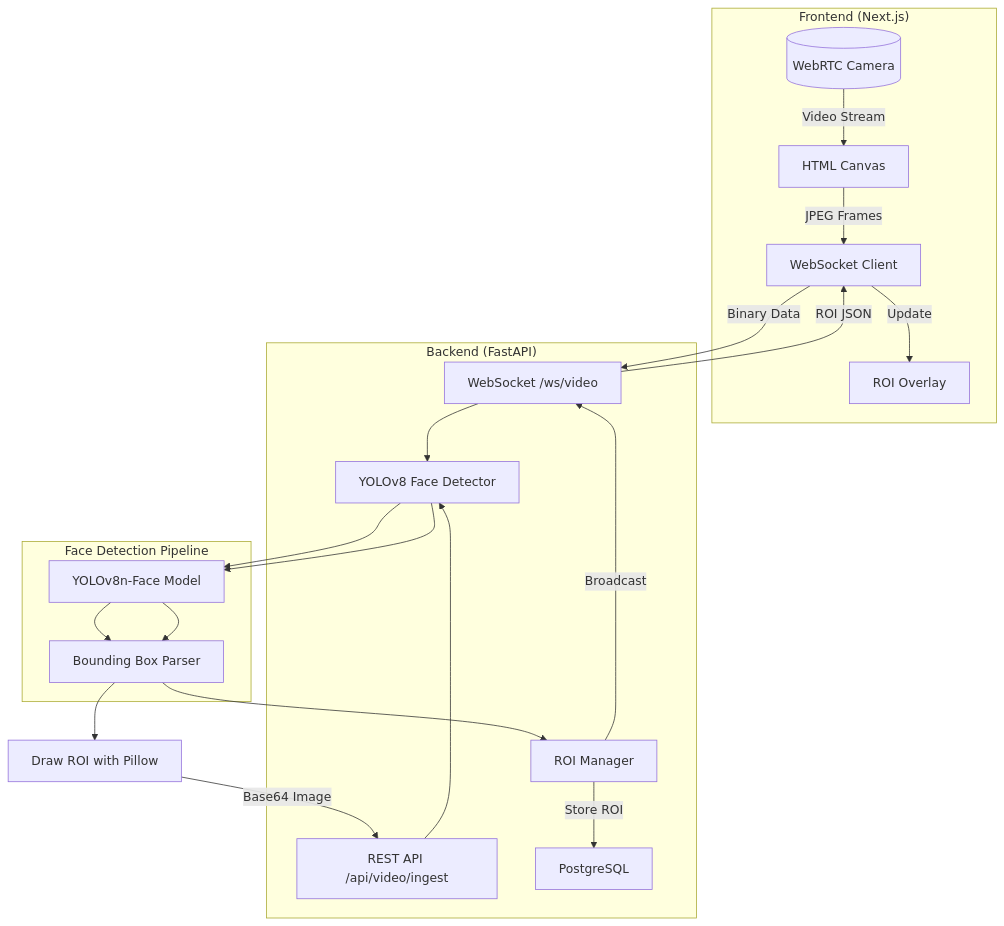
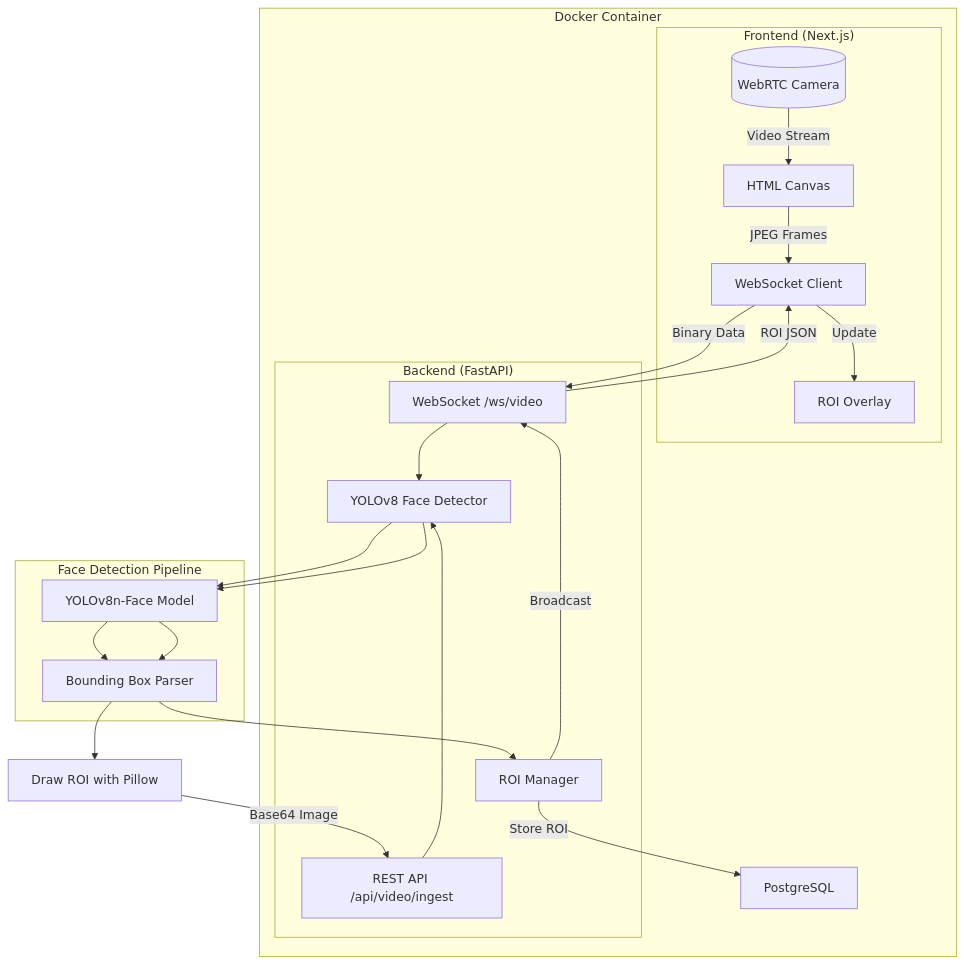
Before and after one commit to Masralai/LookLive: the diagram in README.md, drawn with Mermaid. The commit also changed other lines of this file and 2 other files, not shown here.

````diff
--- a/README.md
+++ b/README.md
@@ -29,40 +29,43 @@
 ```mermaid
 flowchart TB
-    subgraph Client["Frontend (Next.js)"]
-        Camera[("WebRTC Camera")]
-        Canvas[HTML Canvas]
-        Overlay[ROI Overlay]
-        WebSocketClient[WebSocket Client]
-    end
+    subgraph Docker["Docker Container"]
+        subgraph Frontend["Frontend (Next.js)"]
+            Camera[("WebRTC Camera")]
+            Canvas[HTML Canvas]
+            Overlay[ROI Overlay]
+            WebSocketClient[WebSocket Client]
+        end
 
-    subgraph Backend["Backend (FastAPI)"]
-        WebSocketServer[WebSocket /ws/video]
-        APIEndpoint[REST API /api/video/ingest]
-        FaceDetector[YOLOv8 Face Detector]
-        ROIManager[ROI Manager]
+        subgraph Backend["Backend (FastAPI)"]
+            WebSocketServer[WebSocket /ws/video]
+            APIEndpoint[REST API /api/video/ingest]
+            FaceDetector[YOLOv8 Face Detector]
+            ROIManager[ROI Manager]
+        end
+
         DB[PostgreSQL]
     end
 
     subgraph Detection["Face Detection Pipeline"]
         YOLO[YOLOv8n-Face Model]
         BBox[Bounding Box Parser]
     end
 
     Camera -->|Video Stream| Canvas
     Canvas -->|JPEG Frames| WebSocketClient
     WebSocketClient -->|Binary Data| WebSocketServer
     WebSocketServer --> FaceDetector
     FaceDetector --> YOLO
     YOLO --> BBox
     BBox --> ROIManager
     ROIManager -->|Store ROI| DB
     ROIManager -->|Broadcast| WebSocketServer
     WebSocketServer -->|ROI JSON| WebSocketClient
     WebSocketClient -->|Update| Overlay
-    
+
     APIEndpoint --> FaceDetector
     FaceDetector --> YOLO
     YOLO --> BBox
     BBox --> Draw[Draw ROI with Pillow]
     Draw -->|Base64 Image| APIEndpoint
 ```
````
